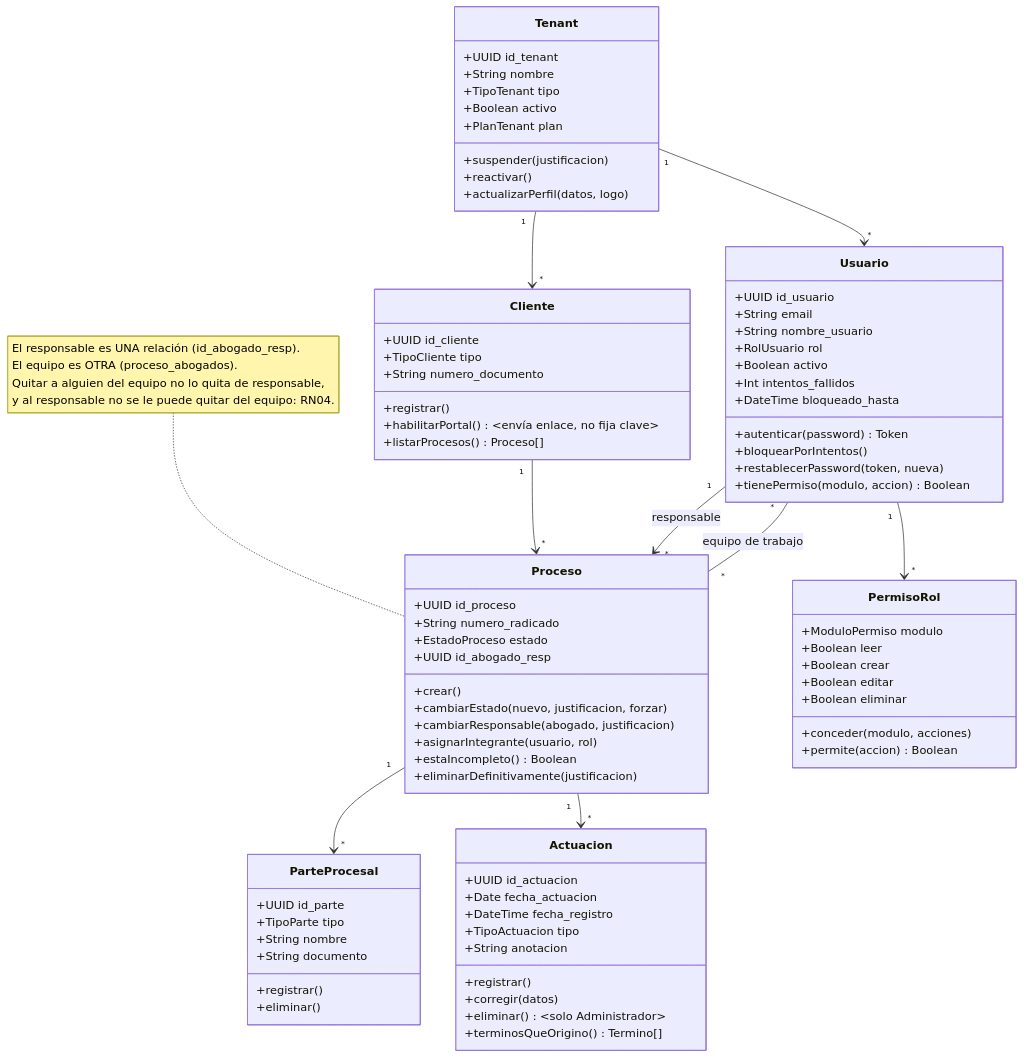
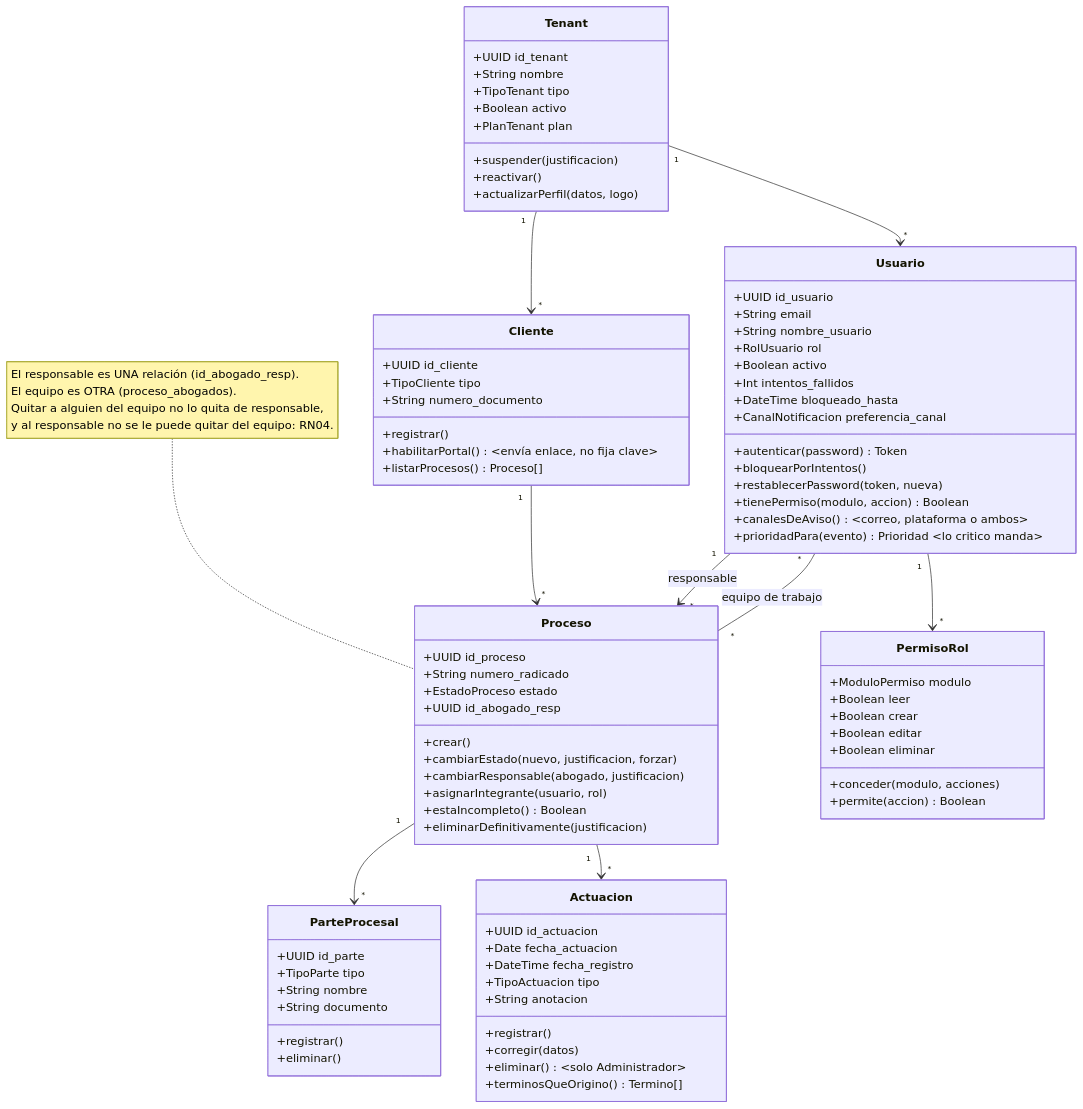
The first of 5 diagrams in documentacion-a-presentar/diagramas/07-clases.md (Aryannext/sistema-juridico), drawn with Mermaid before and after one commit. The commit also changed other lines of this file and 2 other files, not shown here.

```diff
--- a/documentacion-a-presentar/diagramas/07-clases.md
+++ b/documentacion-a-presentar/diagramas/07-clases.md
@@ -33,10 +33,13 @@
         +Boolean activo
         +Int intentos_fallidos
         +DateTime bloqueado_hasta
+        +CanalNotificacion preferencia_canal
         +autenticar(password) Token
         +bloquearPorIntentos()
         +restablecerPassword(token, nueva)
         +tienePermiso(modulo, accion) Boolean
+        +canalesDeAviso() ~correo, plataforma o ambos~
+        +prioridadPara(evento) Prioridad ~lo critico manda~
     }
 
     class Cliente {
```
